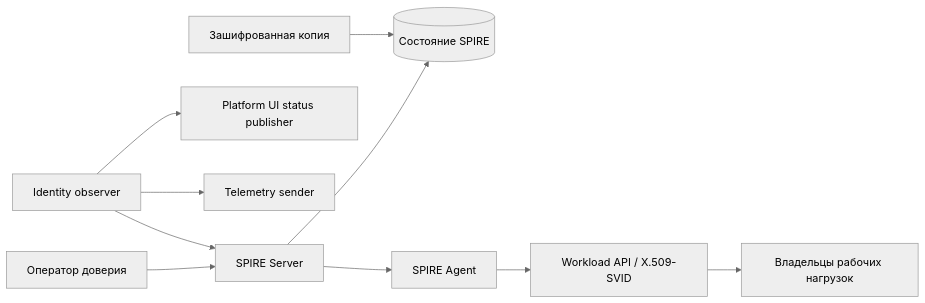
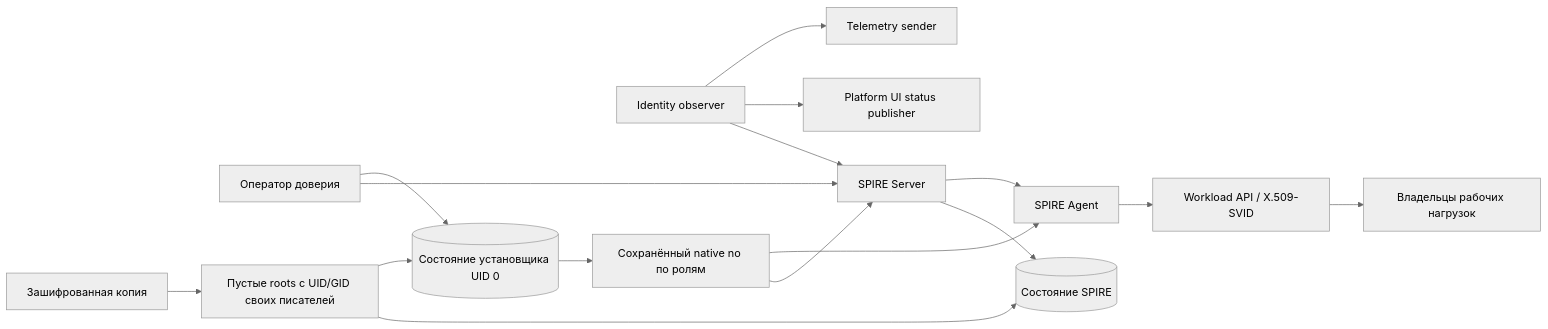
One commit to sapogov1978/AELEV-platform-infrastructure changed the diagram in spire/architecture.mmd. Above: the diagram before and after it, drawn with Mermaid (neutral theme). The commit also changed 33 other files, not shown here.

Commit message:
fix(spire): preserve recovery ownership and native restart policy

```diff
--- a/spire/architecture.mmd
+++ b/spire/architecture.mmd
@@ -1,10 +1,16 @@
 flowchart LR
     Operator["Оператор доверия"] --> Server["SPIRE Server"]
     Server --> State[("Состояние SPIRE")]
     Server --> Agent["SPIRE Agent"]
     Agent --> Workload["Workload API / X.509-SVID"]
     Workload --> Consumers["Владельцы рабочих нагрузок"]
     Observer["Identity observer"] --> Server
     Observer --> Status["Platform UI status publisher"]
     Observer --> Telemetry["Telemetry sender"]
-    Backup["Зашифрованная копия"] --> State
+    Backup["Зашифрованная копия"] --> Restore["Пустые roots с UID/GID своих писателей"]
+    Restore --> State
+    Restore --> InstallerState[("Состояние установщика UID 0")]
+    Operator --> InstallerState
+    InstallerState --> Policy["Сохранённый native no по ролям"]
+    Policy --> Server
+    Policy --> Agent
```
